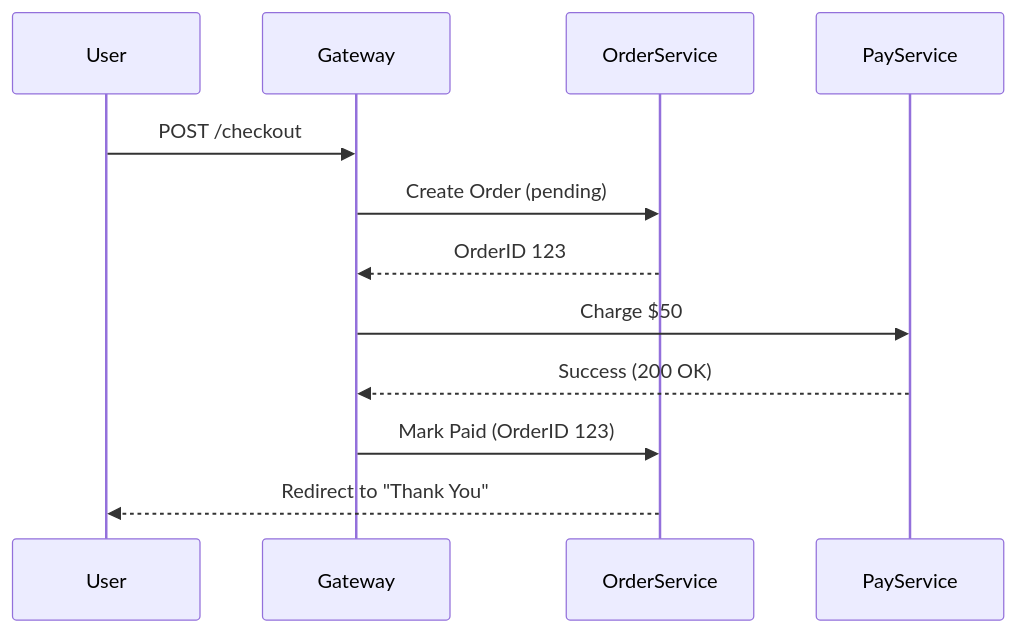
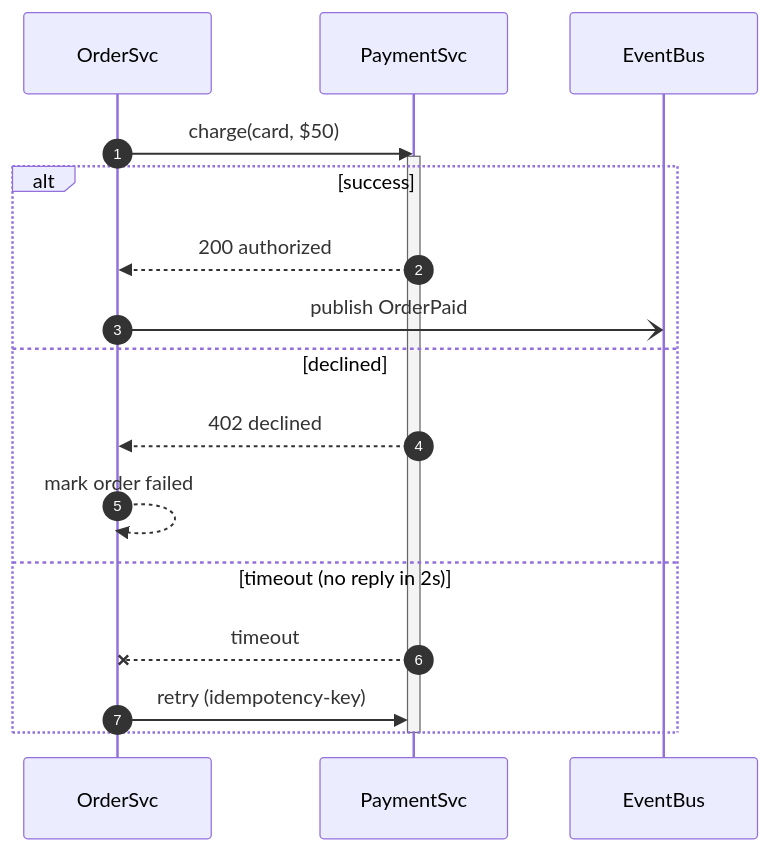
Before and after one commit to asishjagana/Interview-Prep-Dump: the fourth of 7 diagrams in 04_Low_Level_Design/Sequence_Diagrams.md, drawn with Mermaid. The commit also changed other lines of this file and 19 other files, not shown here.

````diff
--- a/04_Low_Level_Design/Sequence_Diagrams.md
+++ b/04_Low_Level_Design/Sequence_Diagrams.md
@@ -33,15 +173,20 @@
 ```mermaid
 sequenceDiagram
-    participant User
-    participant Gateway
-    participant OrderService
-    participant PayService
-
-    User->>Gateway: POST /checkout
-    Gateway->>OrderService: Create Order (pending)
-    OrderService-->>Gateway: OrderID 123
-    Gateway->>PayService: Charge $50
-    PayService-->>Gateway: Success (200 OK)
-    Gateway->>OrderService: Mark Paid (OrderID 123)
-    OrderService-->>User: Redirect to "Thank You"
+    autonumber
+    participant O as OrderSvc
+    participant P as PaymentSvc
+    participant Q as EventBus
+    O->>P: charge(card, $50)
+    activate P
+    alt success
+        P-->>O: 200 authorized
+        O-)Q: publish OrderPaid
+    else declined
+        P-->>O: 402 declined
+        O-->>O: mark order failed
+    else timeout (no reply in 2s)
+        P--xO: timeout
+        O->>P: retry (idempotency-key)
+    end
+    deactivate P
 ```
````
